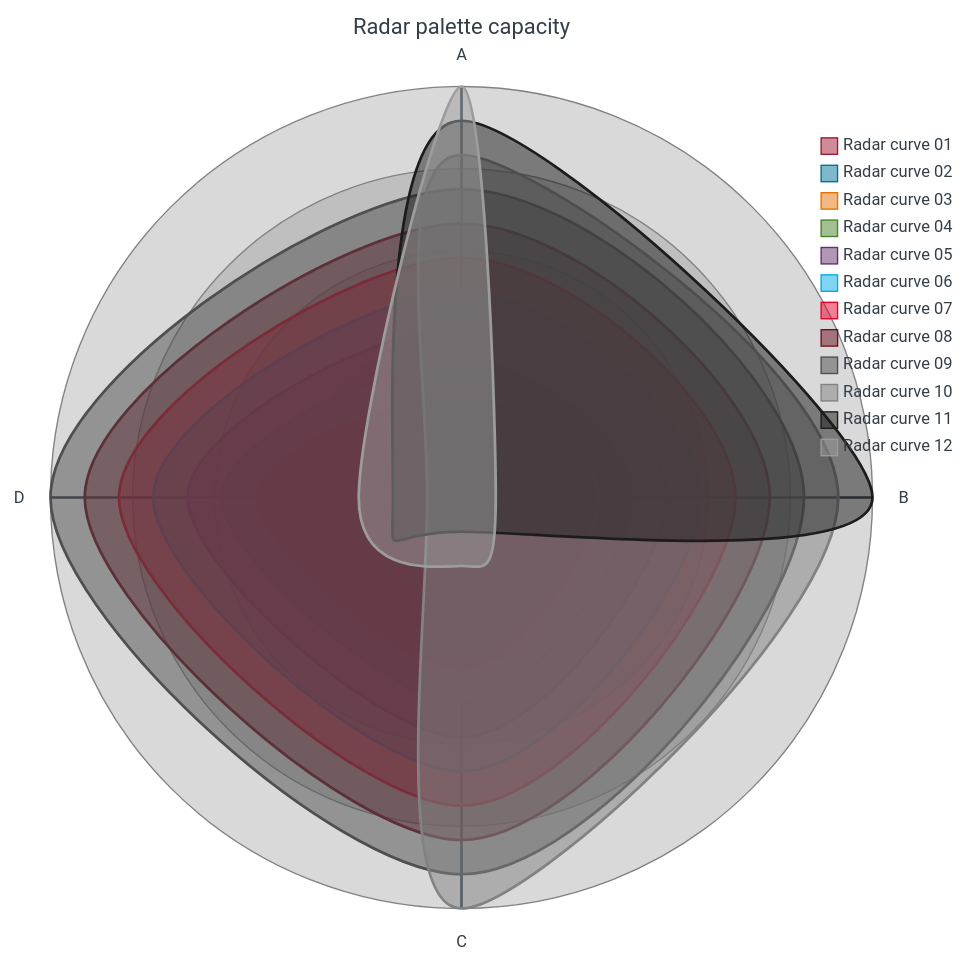
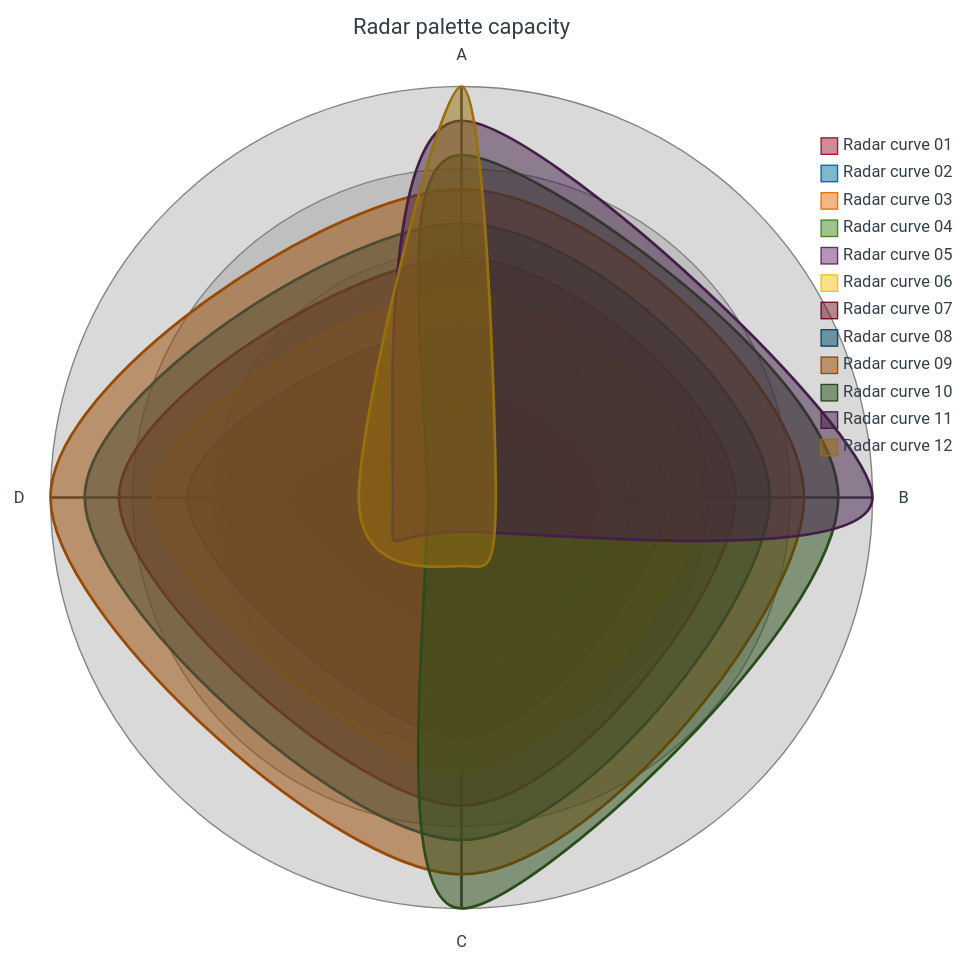
Before and after one commit to gvillarroel/skills: the diagram in skills/mermaid/assets/examples/mermaid-max-complexity/source/colorset2/radar.mmd, drawn with Mermaid. The commit also changed 847 other files, not shown here.

```diff
--- a/skills/mermaid/assets/examples/mermaid-max-complexity/source/colorset2/radar.mmd
+++ b/skills/mermaid/assets/examples/mermaid-max-complexity/source/colorset2/radar.mmd
@@ -1,72 +1,73 @@
 ---
 # mermaid: config begin
 config:
   theme: "base"
   themeVariables:
     THEME_COLOR_LIMIT: 12
     background: "#ffffff"
-    primaryColor: "#ffccd5"
-    primaryTextColor: "#333e48"
+    primaryColor: "#9e1b32"
+    primaryTextColor: "#ffffff"
     primaryBorderColor: "#9e1b32"
-    secondaryColor: "#cdf3ff"
-    secondaryTextColor: "#333e48"
+    secondaryColor: "#007298"
+    secondaryTextColor: "#ffffff"
     secondaryBorderColor: "#007298"
-    tertiaryColor: "#e7e7e7"
-    tertiaryTextColor: "#333e48"
-    tertiaryBorderColor: "#9c9c9c"
+    tertiaryColor: "#e77204"
+    tertiaryTextColor: "#000000"
+    tertiaryBorderColor: "#e77204"
     lineColor: "#696969"
     textColor: "#333e48"
-    mainBkg: "#cdf3ff"
-    nodeBkg: "#cdf3ff"
+    mainBkg: "#9e1b32"
+    nodeBkg: "#9e1b32"
     nodeBorder: "#9e1b32"
     clusterBkg: "#e7e7e7"
     clusterBorder: "#9c9c9c"
     defaultLinkColor: "#696969"
     edgeLabelBackground: "#ffffff"
-    labelColor: "#333e48"
+    labelColor: "#ffffff"
     titleColor: "#333e48"
     cScale0: "#9e1b32"
     cScale1: "#007298"
     cScale2: "#e77204"
     cScale3: "#45842a"
     cScale4: "#652f6c"
-    cScale5: "#00ace6"
-    cScale6: "#e8002a"
-    cScale7: "#6d1222"
-    cScale8: "#4f4f4f"
-    cScale9: "#828282"
-    cScale10: "#1c1c1c"
-    cScale11: "#9c9c9c"
+    cScale5: "#f1c319"
+    cScale6: "#6d1222"
+    cScale7: "#004d66"
+    cScale8: "#994a00"
+    cScale9: "#294d19"
+    cScale10: "#431f47"
+    cScale11: "#98700c"
     radar:
       axisColor: "#333e48"
       axisLabelColor: "#333e48"
       graticuleColor: "#828282"
       legendBoxBorderColor: "#9c9c9c"
       legendBoxBackgroundColor: "#ffffff"
+  themeCSS: ".node > rect, .node > circle, .node > ellipse, .node > polygon, .node > path, rect.actor, .note, .task, .task0, .task1, .task2, .task3 { stroke-width: 0 !important; }"
 # mermaid: config end
 # mermaid: metadata begin
 mermaid:
   colorset: "colorset2"
   mode: "extended"
   palette: "full-color-style"
 # mermaid: metadata end
 ---
 radar-beta
   accTitle: Radar maximum complexity showcase
   accDescr: Twelve four-axis curves rotate values from one through twelve and consume every generated radar curve color.
   title Radar palette capacity
   axis a["A"], b["B"], c["C"], d["D"]
   curve c01["Radar curve 01"]{1, 2, 3, 4}
   curve c02["Radar curve 02"]{2, 3, 4, 5}
   curve c03["Radar curve 03"]{3, 4, 5, 6}
   curve c04["Radar curve 04"]{4, 5, 6, 7}
   curve c05["Radar curve 05"]{5, 6, 7, 8}
   curve c06["Radar curve 06"]{6, 7, 8, 9}
   curve c07["Radar curve 07"]{7, 8, 9, 10}
   curve c08["Radar curve 08"]{8, 9, 10, 11}
   curve c09["Radar curve 09"]{9, 10, 11, 12}
   curve c10["Radar curve 10"]{10, 11, 12, 1}
   curve c11["Radar curve 11"]{11, 12, 1, 2}
   curve c12["Radar curve 12"]{12, 1, 2, 3}
   max 12
   min 0
```
